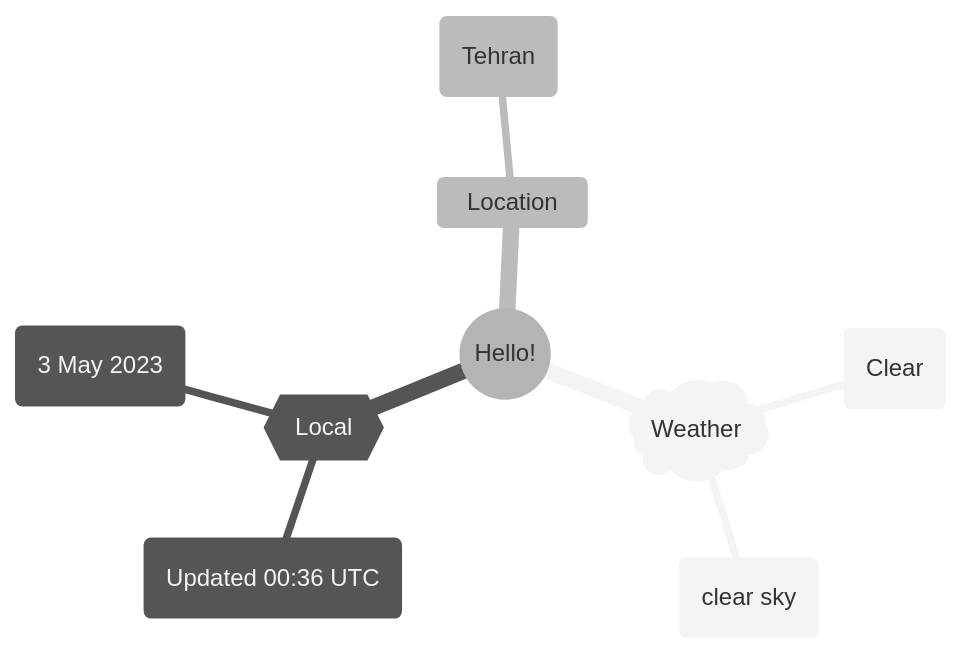
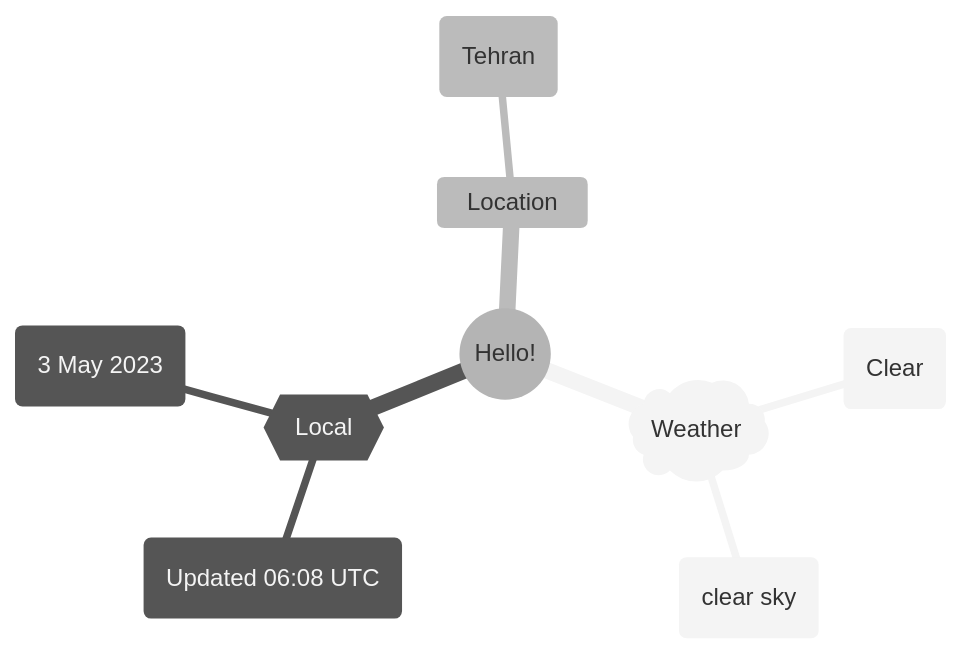
The first of 2 diagrams in README.md (Xosrov/Xosrov), drawn with Mermaid (neutral theme) before and after one commit.

Commit message:
[bot] updated images

````diff
--- a/README.md
+++ b/README.md
@@ -3,12 +3,12 @@
 ```mermaid
 mindmap
   root((Hello!))
     )Weather(
         (Clear)
         (clear sky)
     {{Local}}
-        (Updated 00:36 UTC)
+        (Updated 06:08 UTC)
         (3 May 2023)
     Location
         (Tehran)
 ```
````
